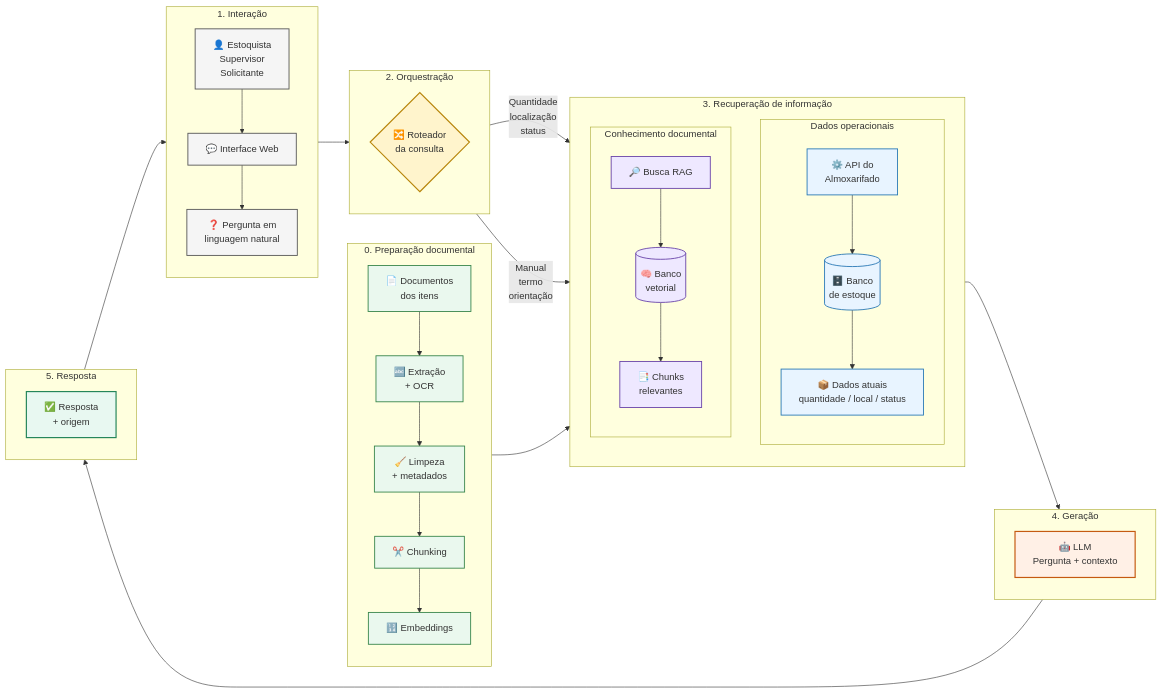
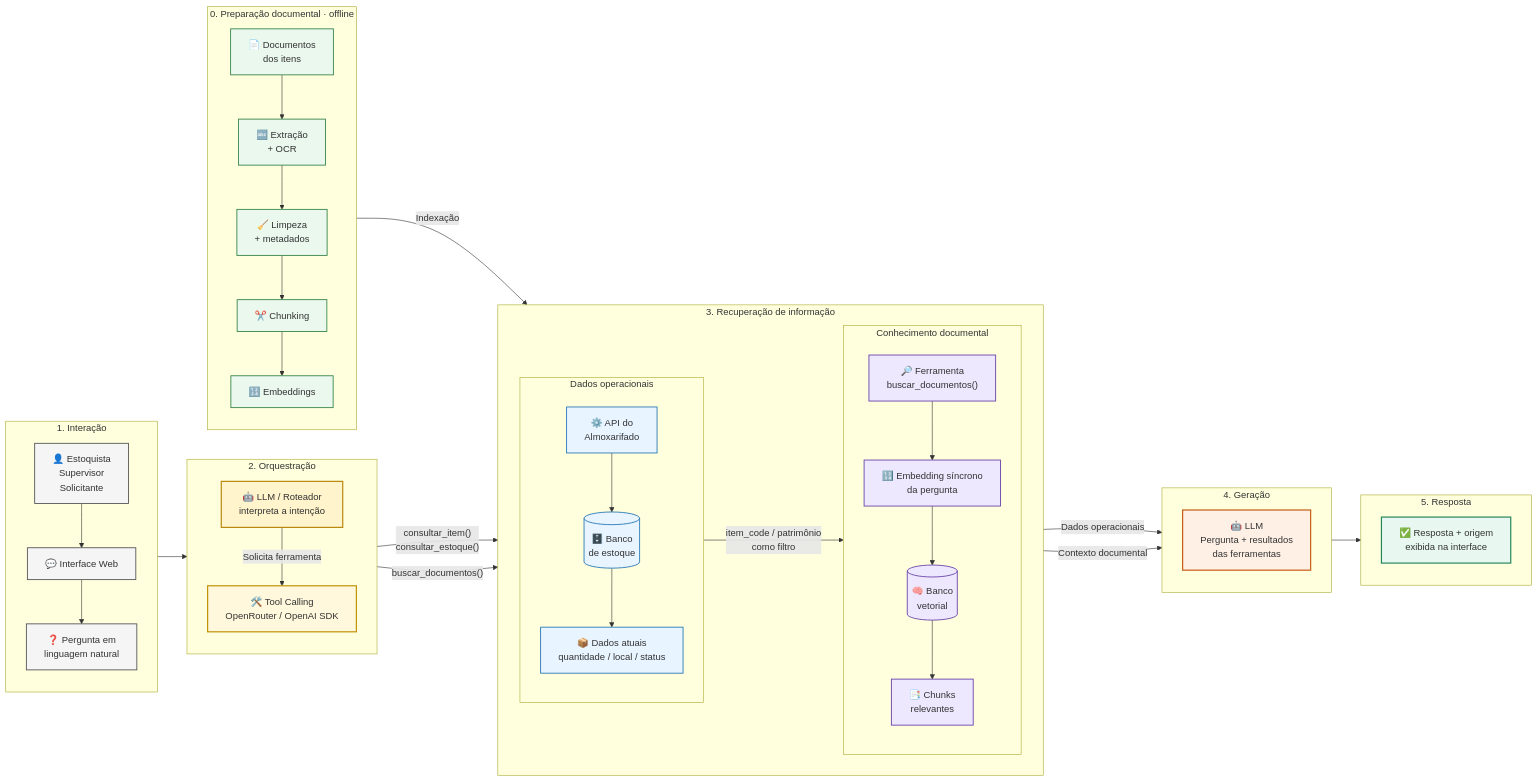
One commit to sevenRevy/Residencia-TeT-IA-Generativa-RAG changed the second of 2 diagrams in AULA_06/cenario_2_almoxarifado_14_08.md. Above: the diagram before and after it, drawn with Mermaid. The commit also changed other lines of this file and 1 other file, not shown here.

Commit message:
aula06: refina metadados e tool calling

````diff
--- a/AULA_06/cenario_2_almoxarifado_14_08.md
+++ b/AULA_06/cenario_2_almoxarifado_14_08.md
@@ -750,24 +799,5 @@
 ```mermaid
 flowchart LR
-
-    %% =========================
-    %% 0. PREPARAÇÃO DOCUMENTAL
-    %% =========================
-    subgraph ING["0. Preparação documental"]
-        direction TB
-
-        H["📄 Documentos<br/>dos itens"]
-        I["🔤 Extração<br/>+ OCR"]
-        J["🧹 Limpeza<br/>+ metadados"]
-        K["✂️ Chunking"]
-        L["🔢 Embeddings"]
-
-        H --> I
-        I --> J
-        J --> K
-        K --> L
-    end
-
 
     %% =========================
     %% 1. INTERAÇÃO
@@ -790,7 +820,11 @@
     subgraph ORQ["2. Orquestração"]
         direction TB
 
-        C{"🔀 Roteador<br/>da consulta"}
+        C["🤖 LLM / Roteador<br/>interpreta a intenção"]
+
+        T["🛠️ Tool Calling<br/>OpenRouter / OpenAI SDK"]
+
+        C -->|"Solicita ferramenta"| T
     end
 
     B --> C
@@ -800,8 +834,11 @@
     %% 3. RECUPERAÇÃO
     %% =========================
     subgraph DATA["3. Recuperação de informação"]
-        direction TB
+        direction LR
 
+        %% -------------------------
+        %% DADOS OPERACIONAIS
+        %% -------------------------
         subgraph OP["Dados operacionais"]
             direction TB
 
@@ -814,22 +851,33 @@
         end
 
 
+        %% -------------------------
+        %% CONHECIMENTO DOCUMENTAL
+        %% -------------------------
         subgraph RAG["Conhecimento documental"]
             direction TB
 
-            F["🔎 Busca RAG"]
+            F["🔎 Ferramenta<br/>buscar_documentos()"]
+            Q["🔢 Embedding síncrono<br/>da pergunta"]
             G[("🧠 Banco<br/>vetorial")]
             R["📑 Chunks<br/>relevantes"]
 
-            F --> G
+            F --> Q
+            Q --> G
             G --> R
         end
     end
 
-    C -->|"Quantidade<br/>localização<br/>status"| D
-    C -->|"Manual<br/>termo<br/>orientação"| F
 
-    L --> G
+    %% Tool Calling
+    T -->|"consultar_item()<br/>consultar_estoque()"| D
+
+    T -->|"buscar_documentos()"| F
+
+
+    %% Resultado operacional pode restringir
+    %% posteriormente a busca documental
+    O -->|"item_code / patrimônio<br/>como filtro"| F
 
 
     %% =========================
@@ -838,11 +886,11 @@
     subgraph GEN["4. Geração"]
         direction TB
 
-        M["🤖 LLM<br/>Pergunta + contexto"]
+        M["🤖 LLM<br/>Pergunta + resultados<br/>das ferramentas"]
     end
 
-    O --> M
-
+    O -->|"Dados operacionais"| M
+    R -->|"Contexto documental"| M
 
 
     %% =========================
@@ -851,11 +899,32 @@
     subgraph OUT["5. Resposta"]
         direction TB
 
-        N["✅ Resposta<br/>+ origem"]
+        N["✅ Resposta + origem<br/>exibida na interface"]
     end
 
     M --> N
-    N --> A
+
+
+    %% =========================
+    %% 0. PREPARAÇÃO DOCUMENTAL
+    %% Processo offline
+    %% =========================
+    subgraph ING["0. Preparação documental · offline"]
+        direction TB
+
+        H["📄 Documentos<br/>dos itens"]
+        I["🔤 Extração<br/>+ OCR"]
+        J["🧹 Limpeza<br/>+ metadados"]
+        K["✂️ Chunking"]
+        L["🔢 Embeddings"]
+
+        H --> I
+        I --> J
+        J --> K
+        K --> L
+    end
+
+    L -->|"Indexação"| G
 
 
     %% =========================
@@ -863,6 +932,7 @@
     %% =========================
     classDef user fill:#f5f5f5,stroke:#555,stroke-width:1.5px
     classDef router fill:#fff4cc,stroke:#b8860b,stroke-width:2px
+    classDef tool fill:#fff8dc,stroke:#c09000,stroke-width:2px
     classDef api fill:#e8f4ff,stroke:#2878b5,stroke-width:1.5px
     classDef rag fill:#eee8ff,stroke:#6842a8,stroke-width:1.5px
     classDef ingest fill:#eaf8ee,stroke:#37854a,stroke-width:1.5px
@@ -871,8 +941,9 @@
 
     class U,A,B user
     class C router
+    class T tool
     class D,E,O api
-    class F,G,R rag
+    class F,Q,G,R rag
     class H,I,J,K,L ingest
     class M llm
     class N output
````
